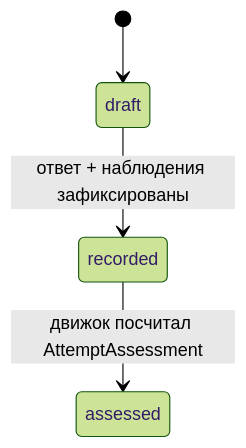
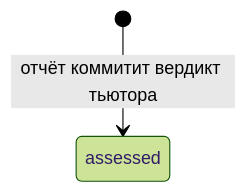
The second of 2 diagrams in wiki/modules/lessons.md (alexmaralless-bit/english-memory-trainer), drawn with Mermaid (forest theme) before and after one commit. The commit also changed other lines of this file and 539 other files, not shown here.

````diff
--- a/wiki/modules/lessons.md
+++ b/wiki/modules/lessons.md
@@ -35,6 +38,4 @@
 ```mermaid
 stateDiagram-v2
-    [*] --> draft
-    draft --> recorded: ответ + наблюдения зафиксированы
-    recorded --> assessed: движок посчитал AttemptAssessment
+    [*] --> assessed: отчёт коммитит вердикт тьютора
 ```
````
